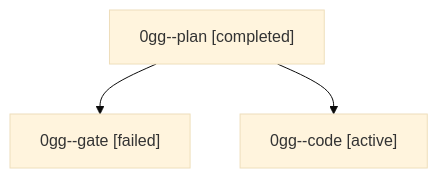
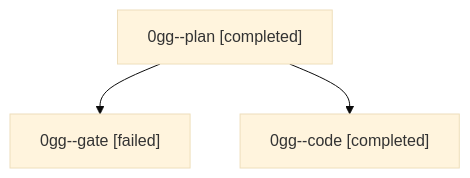
Before and after one commit to sase-org/sase--agents: the diagram in families/bbugyi200.athena.0gg.md, drawn with Mermaid (base theme). The commit also changed other lines of this file and 10 other files, not shown here.

````diff
--- a/families/bbugyi200.athena.0gg.md
+++ b/families/bbugyi200.athena.0gg.md
@@ -9,8 +9,8 @@
 ```mermaid
 flowchart TD
   n0["0gg--plan [completed]"]
   n1["0gg--gate [failed]"]
   n0 --> n1
-  n2["0gg--code [active]"]
+  n2["0gg--code [completed]"]
   n0 --> n2
 ```
````
